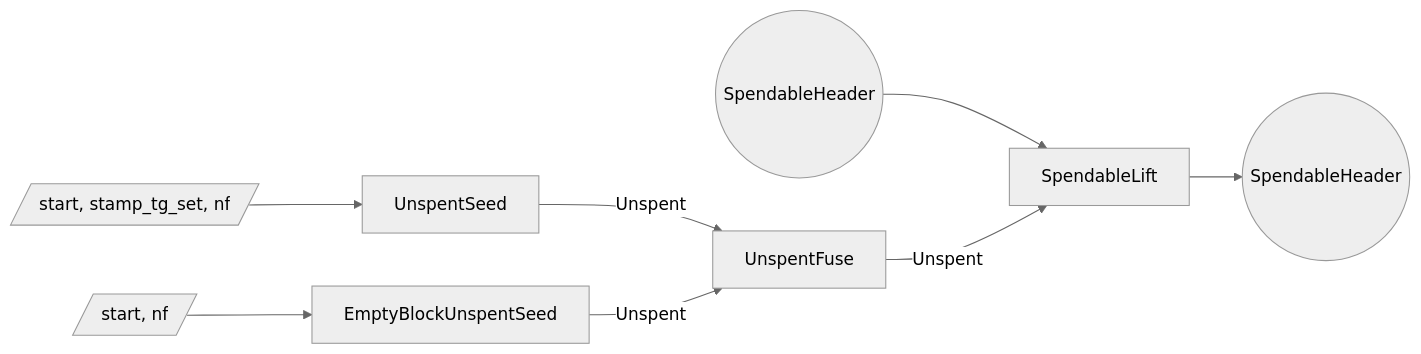
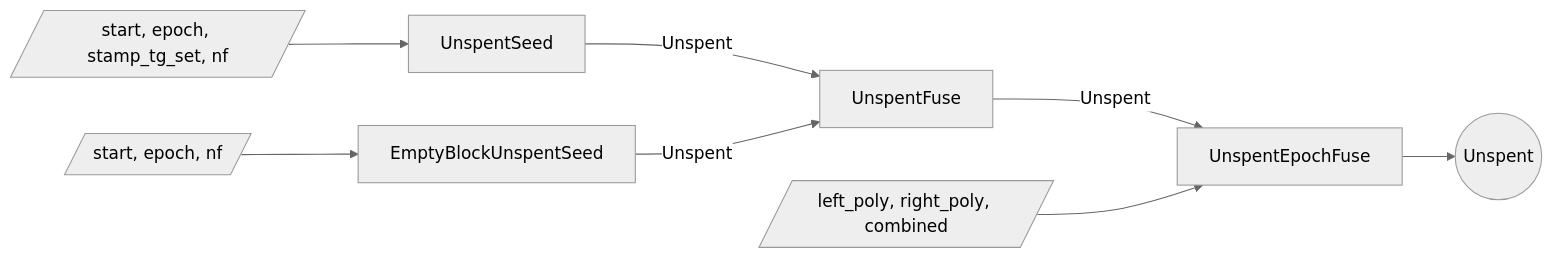
Before and after one commit to tachyon-zcash/tachyon: the third of 3 diagrams in book/src/proof-tree.md, drawn with Mermaid (neutral theme). The commit also changed other lines of this file and 23 other files, not shown here.

Commit message:
Use polynomial sequence for `Unspent` proof (#138)

````diff
--- a/book/src/proof-tree.md
+++ b/book/src/proof-tree.md
@@ -283,19 +291,19 @@
 ```mermaid
 flowchart LR
-  sp_in((SpendableHeader))
-  w_seed[/start, stamp_tg_set, nf/]
+  w_seed[/start, epoch, stamp_tg_set, nf/]
   s_useed[UnspentSeed]
-  w_empty[/start, nf/]
+  w_empty[/start, epoch, nf/]
   s_uempty[EmptyBlockUnspentSeed]
   s_ufuse[UnspentFuse]
-  s_lift[SpendableLift]
-  sp_out((SpendableHeader))
+  w_efuse[/left_poly, right_poly, combined/]
+  s_efuse[UnspentEpochFuse]
+  unspent_out((Unspent))
 
   w_seed --> s_useed
   w_empty --> s_uempty
   s_useed -->|Unspent| s_ufuse
   s_uempty -->|Unspent| s_ufuse
-  sp_in --> s_lift
-  s_ufuse -->|Unspent| s_lift
-  s_lift --> sp_out
+  s_ufuse -->|Unspent| s_efuse
+  w_efuse --> s_efuse
+  s_efuse --> unspent_out
 ```
````
